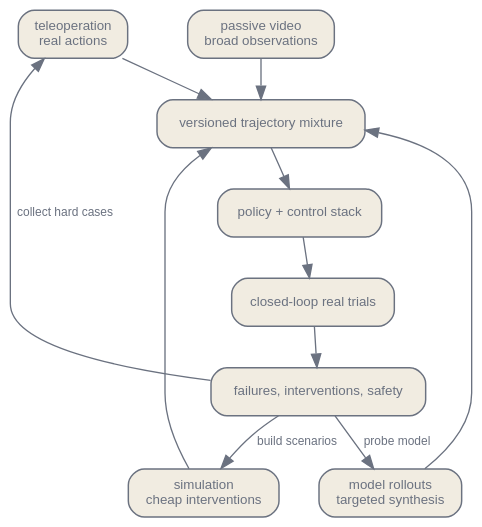
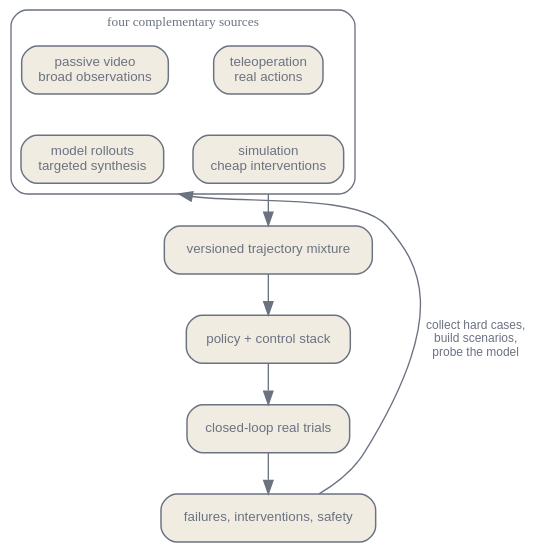
The second of 2 diagrams in en/generative/05-beyond-text.qmd (latere-ai/ai-as-an-infrastructure), drawn with Graphviz before and after one commit. The commit also changed other lines of this file and 6 other files, not shown here.

Commit message:
generative: world-model and embodied data loops share one layout in both languages, control-target chart removed

````diff
--- a/en/generative/05-beyond-text.qmd
+++ b/en/generative/05-beyond-text.qmd
@@ -385,27 +384,31 @@
 ```{dot}
 //| label: fig-embodied-data-loop
 //| fig-cap: "An embodied data loop. Real trials anchor the loop. Teleoperation, simulation, passive video, and model rollouts contribute different signals, but only closed-loop evaluation shows whether the resulting policy still works once its own actions determine what it observes next."
 digraph {
   bgcolor="transparent";
   rankdir=TB;
-  nodesep=0.30; ranksep=0.42;
+  newrank=true;
+  compound=true;
+  nodesep=0.3; ranksep=0.4;
   node [shape=box, style="rounded,filled", fontname="Helvetica", fontsize=10, color="#6b7280", fontcolor="#6b7280", fillcolor="#f1ece1", penwidth=1.1];
   edge [fontsize=9, fontname="Helvetica", color="#6b7280", fontcolor="#6b7280"];
-  teleop [label="teleoperation\nreal actions"];
-  simulation [label="simulation\ncheap interventions"];
-  video [label="passive video\nbroad observations"];
-  rollout [label="model rollouts\ntargeted synthesis"];
+  subgraph cluster_sources {
+    label="four complementary sources"; style=rounded; color="#6b7280"; fontcolor="#6b7280"; fontsize=10;
+    teleop [label="teleoperation\nreal actions"];
+    video [label="passive video\nbroad observations"];
+    simulation [label="simulation\ncheap interventions"];
+    rollout [label="model rollouts\ntargeted synthesis"];
+    { rank=same; teleop; video; }
+    { rank=same; simulation; rollout; }
+    teleop -> simulation [style=invis];
+    video -> rollout [style=invis];
+  }
   dataset [label="versioned trajectory mixture"];
   policy [label="policy + control stack"];
   trials [label="closed-loop real trials"];
   audit [label="failures, interventions, safety"];
-  teleop -> dataset;
-  simulation -> dataset;
-  video -> dataset;
-  rollout -> dataset;
+  simulation -> dataset [ltail=cluster_sources];
   dataset -> policy -> trials -> audit;
-  audit -> teleop [label="collect hard cases"];
-  audit -> simulation [label="build scenarios"];
-  audit -> rollout [label="probe model"];
+  audit -> rollout [lhead=cluster_sources, label="collect hard cases,\nbuild scenarios,\nprobe the model", constraint=false];
 }
 ```
````
